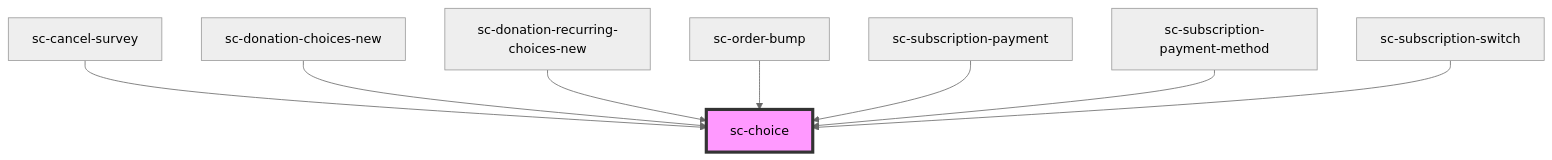
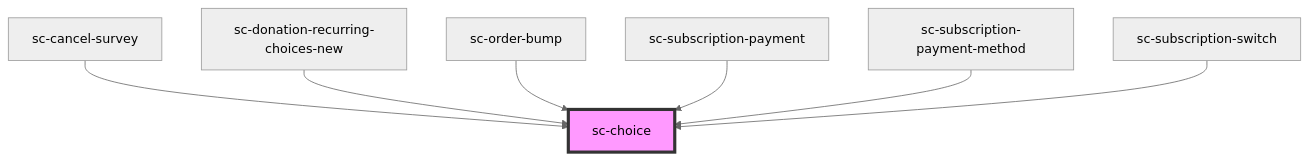
The diagram in packages/components/src/components/ui/choice/readme.md (surecart/surecart-wp-plugin), drawn with Mermaid (neutral theme) before and after one commit. The commit also changed other lines of this file and 20 other files, not shown here.

````diff
--- a/packages/components/src/components/ui/choice/readme.md
+++ b/packages/components/src/components/ui/choice/readme.md
@@ -103,11 +102,10 @@
 ```mermaid
 graph TD;
   sc-cancel-survey --> sc-choice
-  sc-donation-choices-new --> sc-choice
   sc-donation-recurring-choices-new --> sc-choice
   sc-order-bump --> sc-choice
   sc-subscription-payment --> sc-choice
   sc-subscription-payment-method --> sc-choice
   sc-subscription-switch --> sc-choice
   style sc-choice fill:#f9f,stroke:#333,stroke-width:4px
 ```
````
